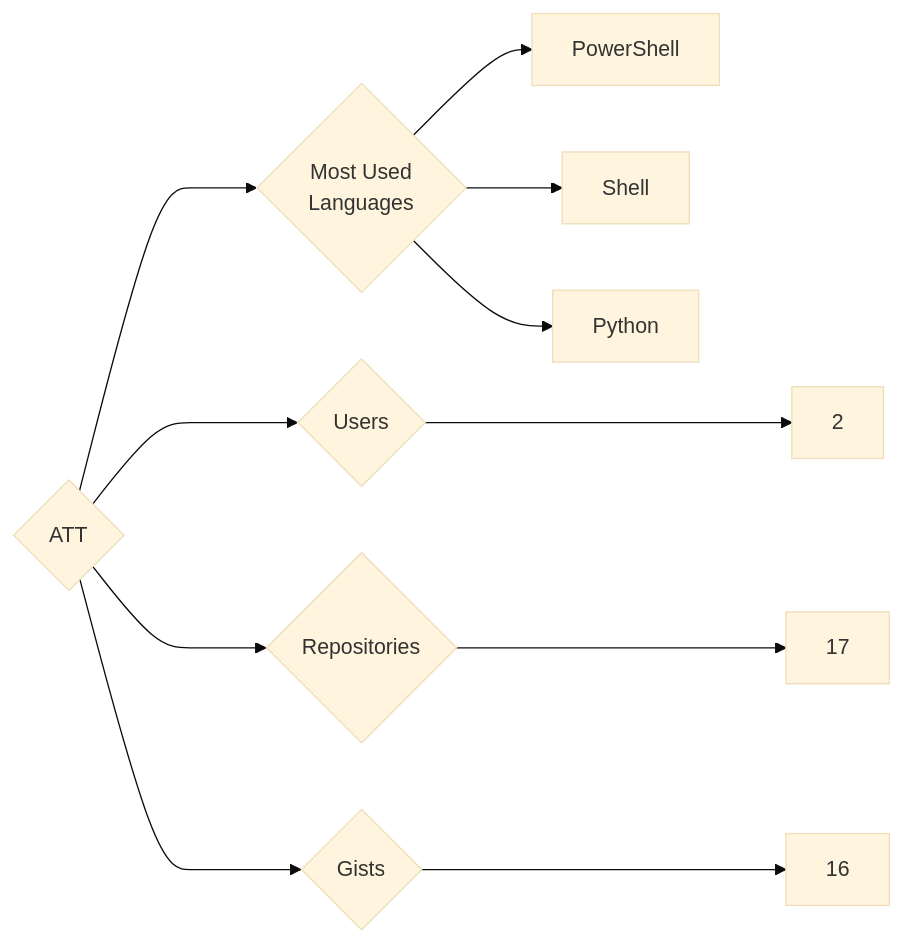
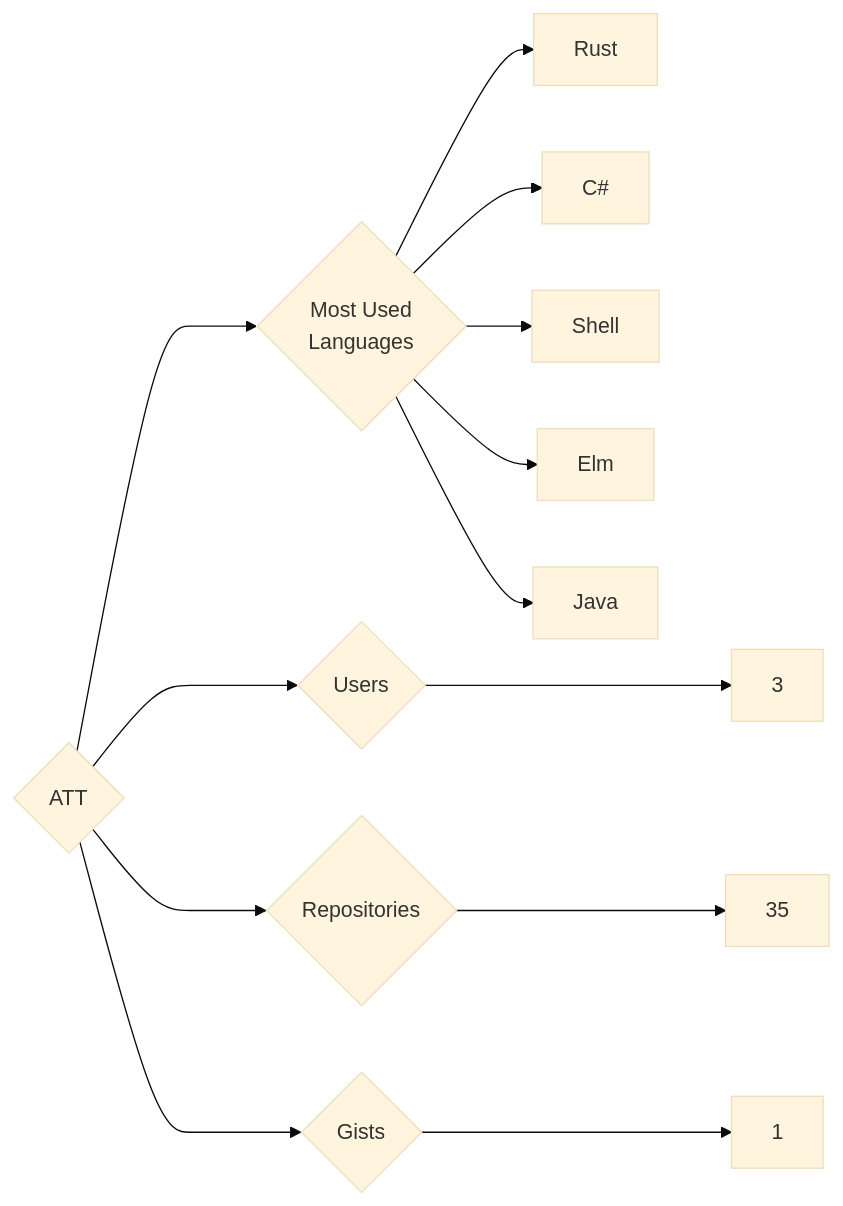
One commit to trickest/insiders changed the diagram in targets/ATT/README.md. Above: the diagram before and after it, drawn with Mermaid (base theme). The commit also changed 997 other files, not shown here.

````diff
--- a/targets/ATT/README.md
+++ b/targets/ATT/README.md
@@ -3,11 +3,13 @@
 ```mermaid
 graph LR
 COMPANY_NAME{ATT}
-COMPANY_NAME ---> U{Users} ---> UN[2]
-COMPANY_NAME ---> R{Repositories} ---> RN[17]
-COMPANY_NAME ---> G{Gists} ---> GN[16]
+COMPANY_NAME ---> U{Users} ---> UN[3]
+COMPANY_NAME ---> R{Repositories} ---> RN[35]
+COMPANY_NAME ---> G{Gists} ---> GN[1]
 COMPANY_NAME ---> ML{Most Used<br>Languages}
-ML --> PowerShell[PowerShell]
+ML --> Rust[Rust]
+ML --> C#[C#]
 ML --> Shell[Shell]
-ML --> Python[Python]
+ML --> Elm[Elm]
+ML --> Java[Java]
 ```
````
